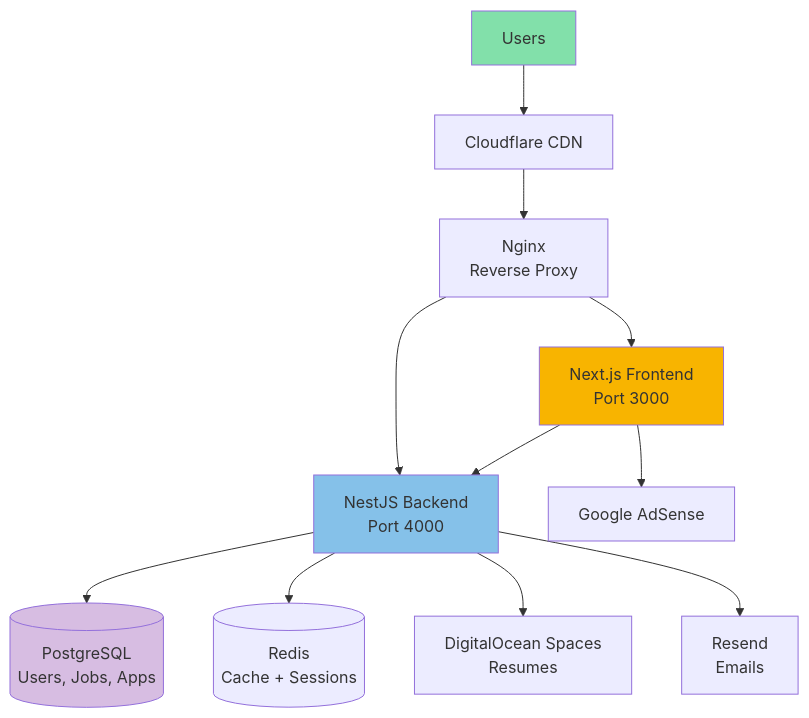
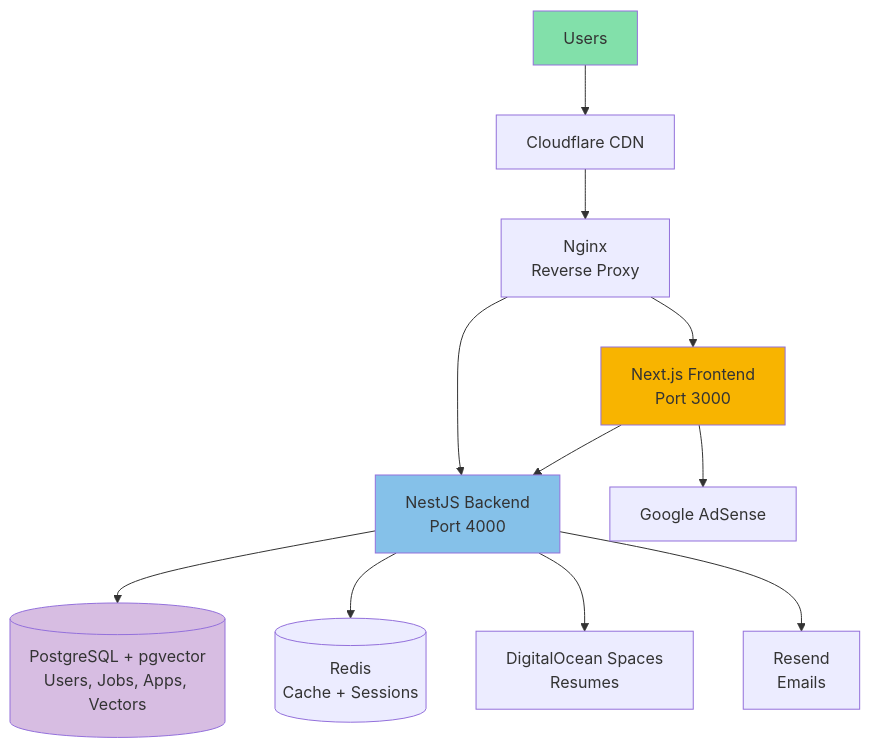
One commit to mhmmdkhoulani/job-portal changed the diagram in execution-plan.md. Above: the diagram before and after it, drawn with Mermaid. The commit also changed other lines of this file and 7 other files, not shown here.

````diff
--- a/execution-plan.md
+++ b/execution-plan.md
@@ -1609,22 +1654,22 @@
 ```mermaid
 graph TB
     USER[Users] --> CF[Cloudflare CDN]
     CF --> NGINX[Nginx<br/>Reverse Proxy]
 
     NGINX --> NEXT[Next.js Frontend<br/>Port 3000]
     NGINX --> NEST[NestJS Backend<br/>Port 4000]
 
     NEXT --> NEST
 
-    NEST --> PG[(PostgreSQL<br/>Users, Jobs, Apps)]
+    NEST --> PG[(PostgreSQL + pgvector<br/>Users, Jobs, Apps, Vectors)]
     NEST --> REDIS[(Redis<br/>Cache + Sessions)]
     NEST --> S3[DigitalOcean Spaces<br/>Resumes]
     NEST --> EMAIL[Resend<br/>Emails]
 
     NEXT --> ADS[Google AdSense]
 
     style USER fill:#82E0AA
     style NEXT fill:#F8B400
     style NEST fill:#85C1E9
     style PG fill:#D7BDE2
 ```
````
